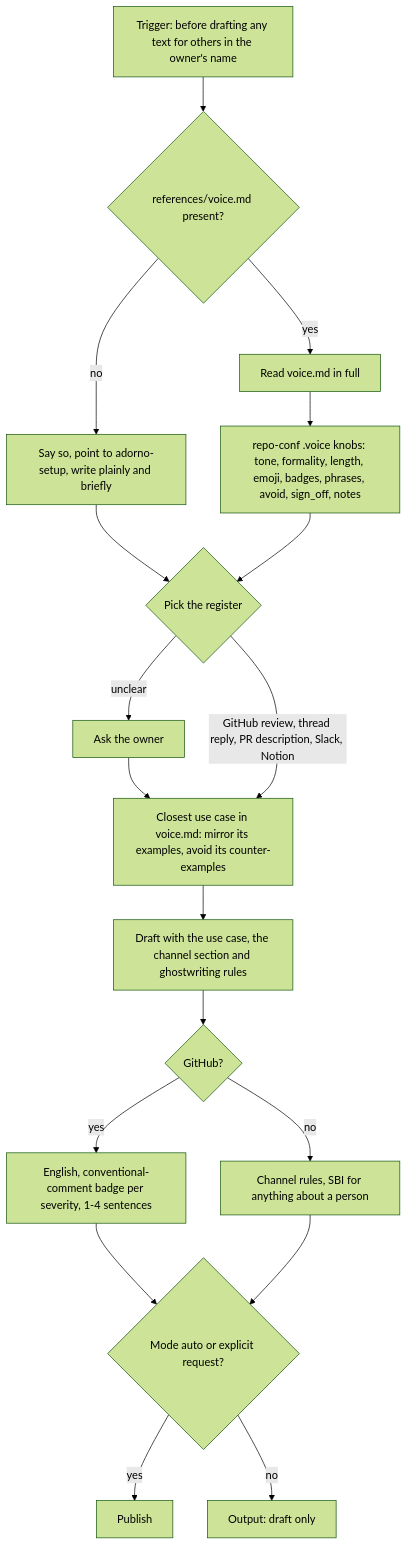
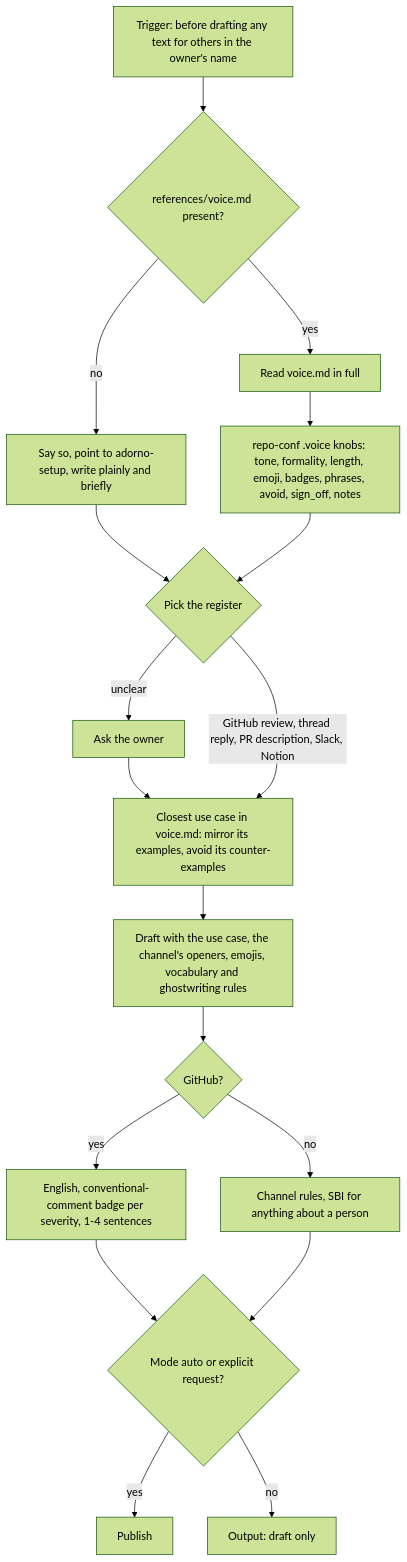
The diagram in src/skills/adorno-voice/SCHEMA.md (nicolasmondain/adorno), drawn with Mermaid (forest theme) before and after one commit. The commit also changed 18 other files, not shown here.

````diff
--- a/src/skills/adorno-voice/SCHEMA.md
+++ b/src/skills/adorno-voice/SCHEMA.md
@@ -3,20 +3,20 @@
 ```mermaid
 flowchart TD
   T["Trigger: before drafting any text for others in the owner's name"] --> V{"references/voice.md present?"}
   V -->|"no"| NV["Say so, point to adorno-setup, write plainly and briefly"]
   V -->|"yes"| RV["Read voice.md in full"]
   RV --> KN["repo-conf .voice knobs: tone, formality, length, emoji, badges, phrases, avoid, sign_off, notes"]
   NV --> REG
   KN --> REG{"Pick the register"}
   REG -->|"unclear"| ASK["Ask the owner"]
   ASK --> UC
   REG -->|"GitHub review, thread reply, PR description, Slack, Notion"| UC["Closest use case in voice.md: mirror its examples, avoid its counter-examples"]
-  UC --> DR["Draft with the use case, the channel section and ghostwriting rules"]
+  UC --> DR["Draft with the use case, the channel's openers, emojis, vocabulary and ghostwriting rules"]
   DR --> GH{"GitHub?"}
   GH -->|"yes"| BG["English, conventional-comment badge per severity, 1-4 sentences"]
   GH -->|"no"| CH["Channel rules, SBI for anything about a person"]
   BG --> PUB{"Mode auto or explicit request?"}
   CH --> PUB
   PUB -->|"yes"| SEND["Publish"]
   PUB -->|"no"| DF["Output: draft only"]
 ```
````
